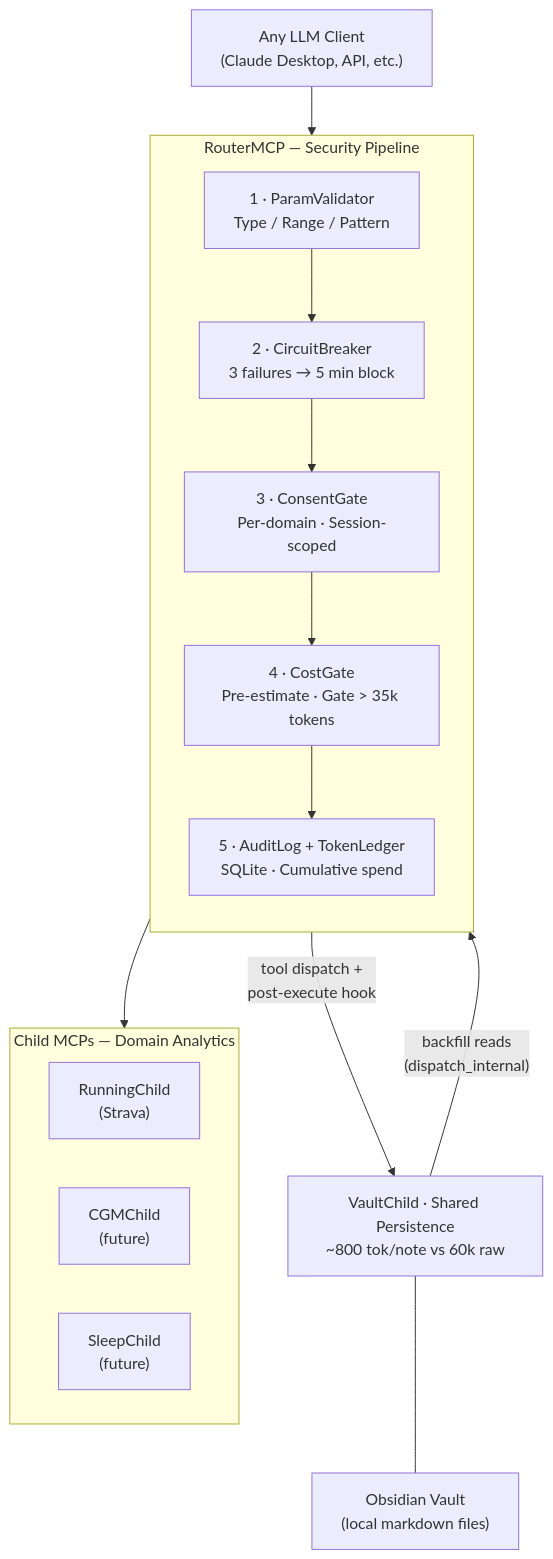
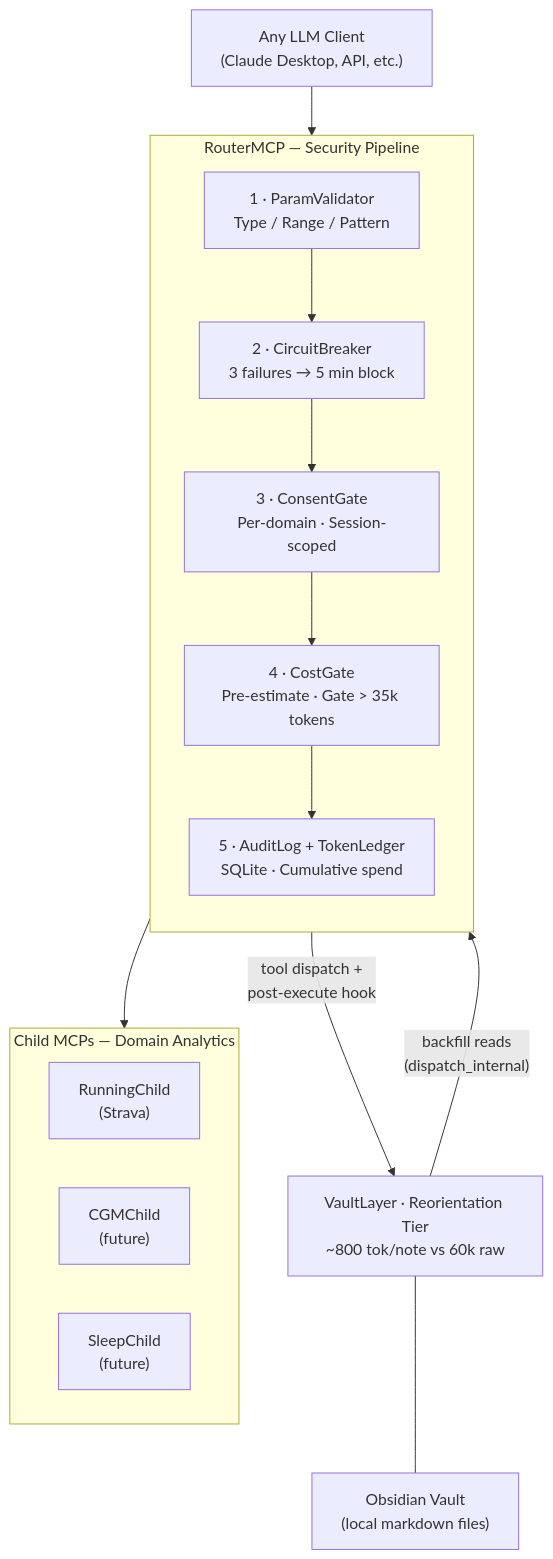
Before and after one commit to saahasmuthineni/tailor-mcp: the first of 5 diagrams in README.md, drawn with Mermaid. The commit also changed 8 other files, not shown here.

First line of the commit message:
Elevate Obsidian vault from ChildMCP to framework-level VaultLayer

````diff
--- a/README.md
+++ b/README.md
@@ -29,27 +29,27 @@
 ```mermaid
 flowchart TD
     Client["Any LLM Client\n(Claude Desktop, API, etc.)"]
     Client --> Router
 
     subgraph Router["RouterMCP — Security Pipeline"]
         direction TB
         L1["1 · ParamValidator\nType / Range / Pattern"] --> L2["2 · CircuitBreaker\n3 failures → 5 min block"]
         L2 --> L3["3 · ConsentGate\nPer-domain · Session-scoped"]
         L3 --> L4["4 · CostGate\nPre-estimate · Gate > 35k tokens"]
         L4 --> L5["5 · AuditLog + TokenLedger\nSQLite · Cumulative spend"]
     end
 
     Router --> Children
     Router -->|"tool dispatch +\npost-execute hook"| Vault
 
     subgraph Children["Child MCPs — Domain Analytics"]
         Running["RunningChild\n(Strava)"]
         CGM["CGMChild\n(future)"]
         Sleep["SleepChild\n(future)"]
     end
 
-    Vault["VaultChild · Shared Persistence\n~800 tok/note vs 60k raw"]
+    Vault["VaultLayer · Reorientation Tier\n~800 tok/note vs 60k raw"]
     Vault -->|"backfill reads\n(dispatch_internal)"| Router
 
     Vault --- Obsidian["Obsidian Vault\n(local markdown files)"]
 ```
````
